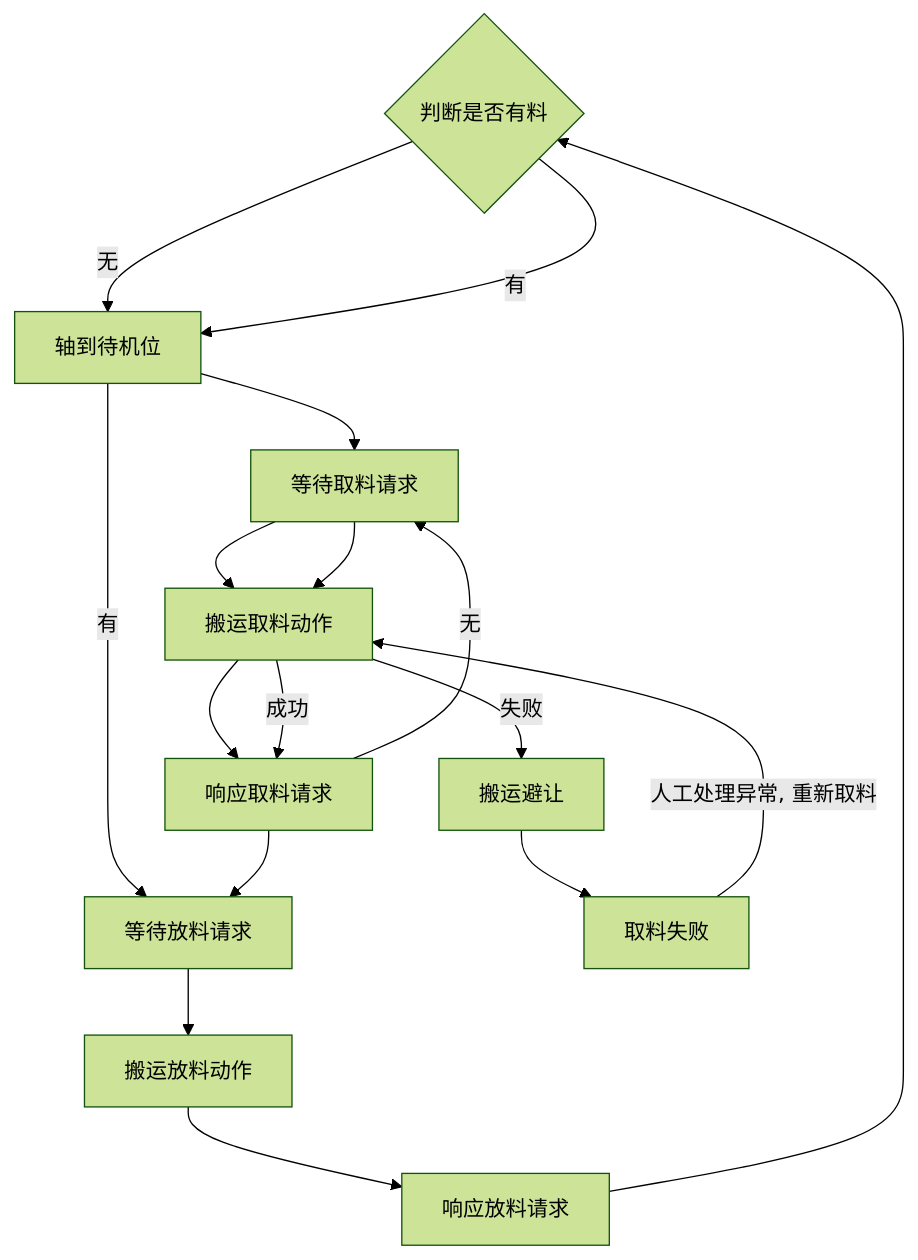
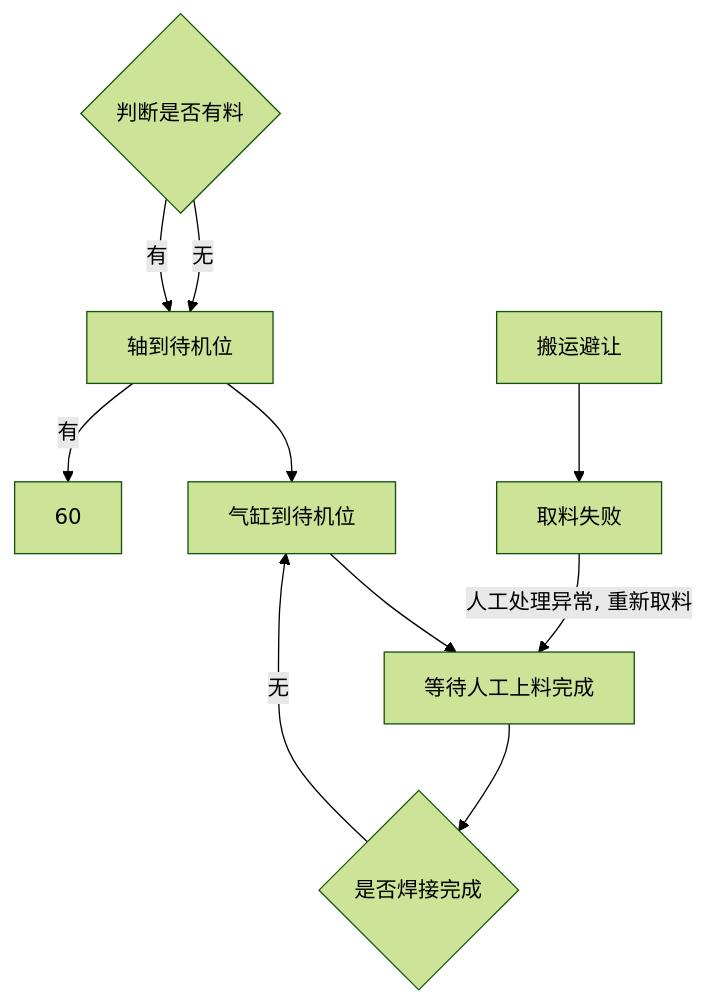
One commit to PengKun1/iodraw-files changed the diagram in all/OP10 上料工位自动流程.md. Above: the diagram before and after it, drawn with Mermaid (forest theme).

Commit message:
2024-08-02 10:59:09 update

````diff
--- a/all/OP10 上料工位自动流程.md
+++ b/all/OP10 上料工位自动流程.md
@@ -1,22 +1,16 @@
 ```mermaid
 graph TD
 10{判断是否有料}-->|无|20
 10-->|有|20
 20[轴到待机位]-->30
 30[气缸到待机位]-->40
 40[等待人工上料完成]-->50
 
 50{是否焊接完成}-->|无|30
 20-->|有|60
-30[等待取料请求]-->40
-40[搬运取料动作]-->|成功|50
-40-->|失败|90
-50[响应取料请求]-->60
-60[等待放料请求]-->70
-70[搬运放料动作]-->80
-80[响应放料请求]-->10
+
 
 90[搬运避让]-->900
 
 900[取料失败]-->|人工处理异常, 重新取料|40
 ```
````
